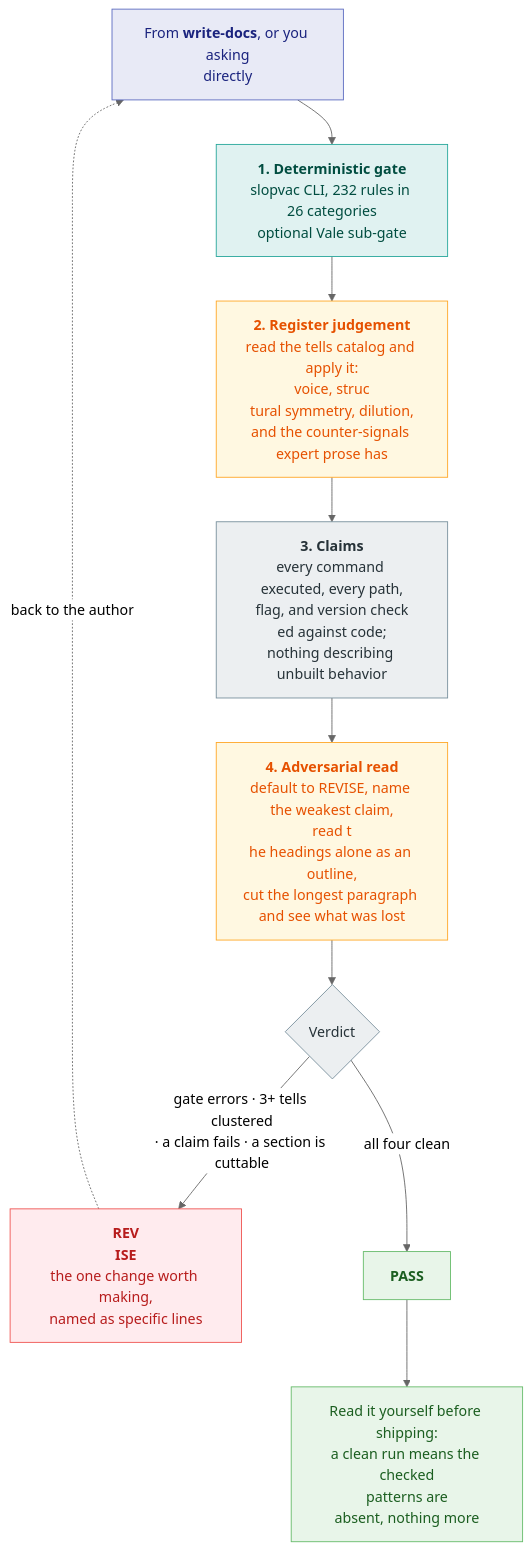
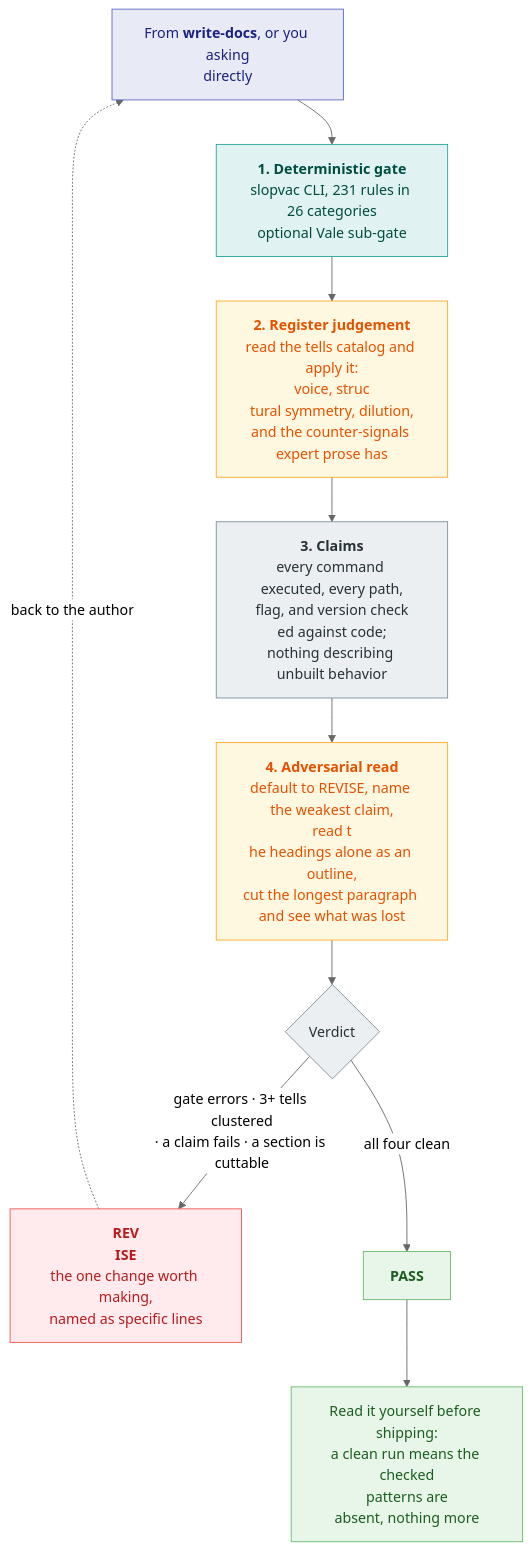
One commit to srobroek/slopvac changed the second of 2 diagrams in README.md. Above: the diagram before and after it, drawn with Mermaid (neutral theme). The commit also changed other lines of this file and 10 other files, not shown here.

````diff
--- a/README.md
+++ b/README.md
@@ -106,41 +106,41 @@
 ```mermaid
 flowchart TD
     IN["From <b>write-docs</b>, or you asking<br/>directly"]
 
     IN --> GATE
 
-    GATE["<b>1. Deterministic gate</b><br/>slopvac CLI, 232 rules in 26 categories<br/>optional Vale sub-gate"]
+    GATE["<b>1. Deterministic gate</b><br/>slopvac CLI, 231 rules in 26 categories<br/>optional Vale sub-gate"]
 
     GATE --> REG["<b>2. Register judgement</b><br/>read the tells catalog and apply it:<br/>voice, struc
 tural symmetry, dilution,<br/>and the counter-signals expert prose has"]
 
     REG --> CLAIMS["<b>3. Claims</b><br/>every command executed, every path,<br/>flag, and version check
 ed against code;<br/>nothing describing unbuilt behavior"]
 
     CLAIMS --> CUT["<b>4. Adversarial read</b><br/>default to REVISE, name the weakest claim,<br/>read t
 he headings alone as an outline,<br/>cut the longest paragraph and see what was lost"]
 
     CUT --> V{"Verdict"}
 
     V -->|"gate errors · 3+ tells clustered<br/>· a claim fails · a section is cuttable"| REVISE["<b>REV
 ISE</b><br/>the one change worth making,<br/>named as specific lines"]
     V -->|"all four clean"| PASS["<b>PASS</b>"]
 
     REVISE -.->|back to the author| IN
     PASS --> SHIP["Read it yourself before shipping:<br/>a clean run means the checked<br/>patterns are
 absent, nothing more"]
 
     classDef you fill:#e8eaf6,stroke:#5c6bc0,color:#1a237e
     classDef det fill:#e0f2f1,stroke:#26a69a,color:#004d40
     classDef jud fill:#fff8e1,stroke:#ffa726,color:#e65100
     classDef work fill:#eceff1,stroke:#78909c,color:#263238
     classDef bad fill:#ffebee,stroke:#ef5350,color:#b71c1c
     classDef good fill:#e8f5e9,stroke:#66bb6a,color:#1b5e20
 
     class IN you
     class GATE det
     class REG,CUT jud
     class CLAIMS,V work
     class REVISE bad
     class PASS,SHIP good
 ```
````
